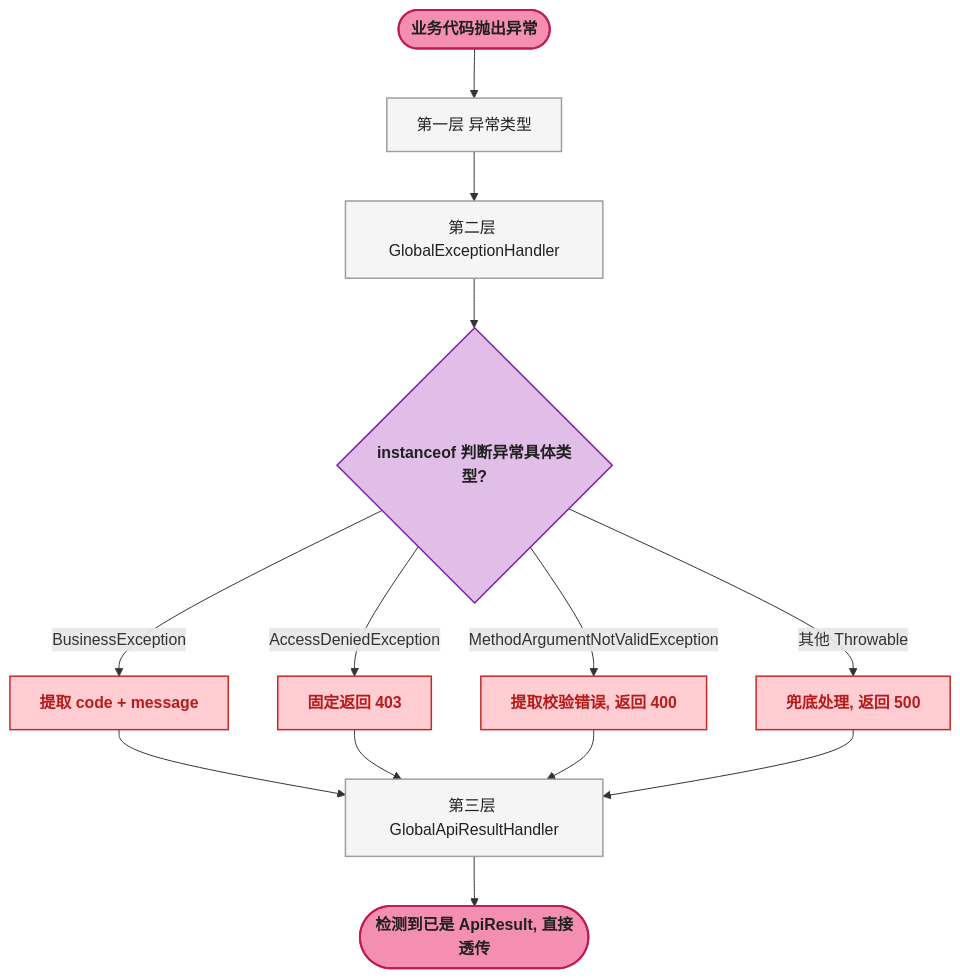
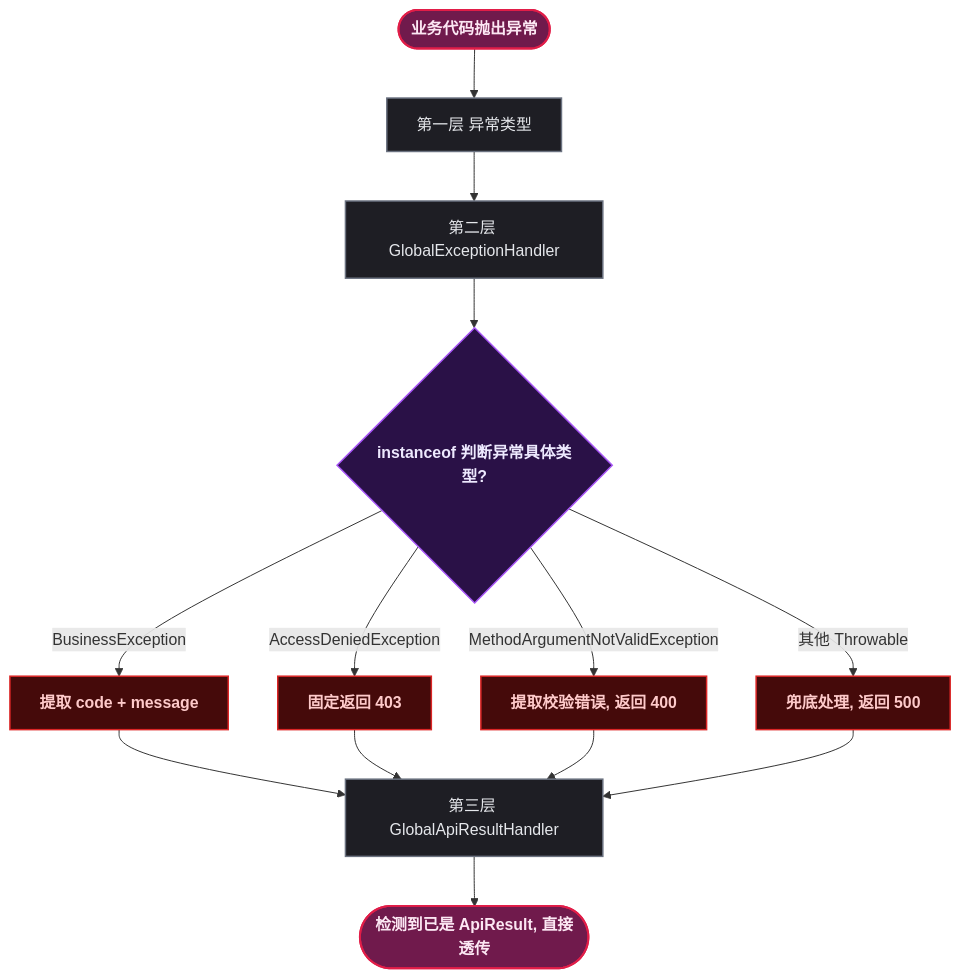
One commit to yaocat55/yaocat55.github.io changed the fourth of 6 diagrams in content/posts/springmvc/ApiResponseDesignPattern.md. Above: the diagram before and after it, drawn with Mermaid. The commit also changed other lines of this file and 155 other files, not shown here.

````diff
--- a/content/posts/springmvc/ApiResponseDesignPattern.md
+++ b/content/posts/springmvc/ApiResponseDesignPattern.md
@@ -312,28 +312,28 @@
 ```mermaid
 flowchart TD
-    classDef startEnd fill:#F48FB1,stroke:#C2185B,stroke-width:2px,color:#212121,font-weight:bold;
-    classDef condition fill:#E1BEE7,stroke:#7B1FA2,stroke-width:1.5px,color:#212121,font-weight:bold;
-    classDef process fill:#F5F5F5,stroke:#9E9E9E,stroke-width:1.5px,color:#212121;
-    classDef reject fill:#FFCDD2,stroke:#C62828,stroke-width:1.5px,color:#B71C1C,font-weight:bold;
+classDef startEnd fill:#701a4c,stroke:#e11d48,stroke-width:2px,color:#fce7f3,font-weight:bold;
+classDef condition fill:#2a1147,stroke:#a855f7,stroke-width:1.5px,color:#ede9fe,font-weight:bold;
+classDef process fill:#1e1e24,stroke:#6b7280,stroke-width:1.5px,color:#e5e7eb;
+classDef reject fill:#450a0a,stroke:#dc2626,stroke-width:1.5px,color:#fecaca,font-weight:bold;
 
     START([业务代码抛出异常]) --> LAYER1[第一层 异常类型]
 
     LAYER1 --> LAYER2[第二层 GlobalExceptionHandler]
 
     LAYER2 --> MATCH{instanceof 判断异常具体类型?}
     MATCH -- BusinessException --> ACT1[提取 code + message]
     MATCH -- AccessDeniedException --> ACT2[固定返回 403]
     MATCH -- MethodArgumentNotValidException --> ACT3[提取校验错误, 返回 400]
     MATCH -- 其他 Throwable --> ACT4[兜底处理, 返回 500]
 
     ACT1 --> LAYER3[第三层 GlobalApiResultHandler]
     ACT2 --> LAYER3
     ACT3 --> LAYER3
     ACT4 --> LAYER3
     LAYER3 --> RESULT([检测到已是 ApiResult, 直接透传])
 
     class START,RESULT startEnd;
     class MATCH condition;
     class LAYER1,LAYER2,LAYER3 process;
     class ACT1,ACT2,ACT3,ACT4 reject;
 ```
````
